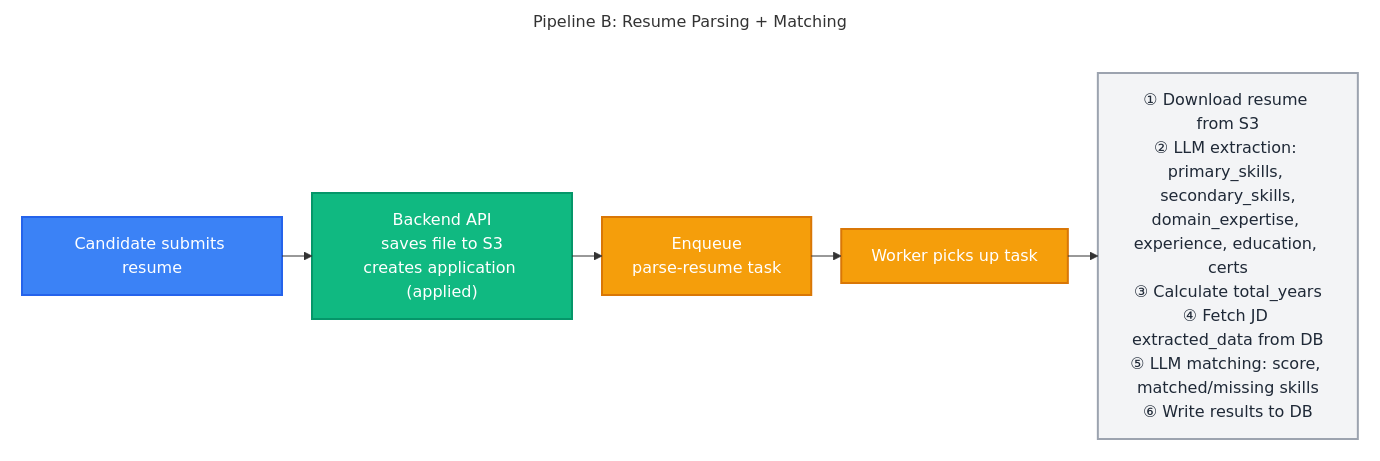
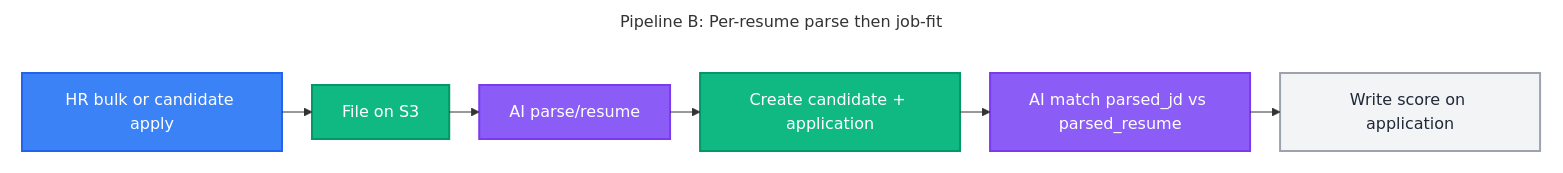
One commit to joshsoftware/EZScreen changed the second of 4 diagrams in docs/architecture/AI_PROCESSING.md. Above: the diagram before and after it, drawn with Mermaid. The commit also changed other lines of this file and 139 other files, not shown here.

First line of the commit message:
Core User Flow (#27)

````diff
--- a/docs/architecture/AI_PROCESSING.md
+++ b/docs/architecture/AI_PROCESSING.md
@@ -58,32 +59,35 @@
 ```mermaid
 ---
 config:
   layout: elk
 ---
 flowchart LR
- subgraph PB["Pipeline B: Resume Parsing + Matching"]
+ subgraph PB["Pipeline B: Per-resume parse then job-fit"]
     direction LR
-        PB1["Candidate submits resume"]
-        PB2["Backend API<br>saves file to S3<br>creates application (applied)"]
-        PB3["Enqueue<br>parse-resume task"]
-        PB4["Worker picks up task"]
-        PB5["① Download resume from S3<br>② LLM extraction: primary_skills, secondary_skills,<br>domain_expertise, experience, education, certs<br>③ Calculate total_years<br>④ Fetch JD extracted_data from DB<br>⑤ LLM matching: score, matched/missing skills<br>⑥ Write results to DB"]
+        PB1["HR bulk or candidate apply"]
+        PB2["File on S3"]
+        PB3["AI parse/resume"]
+        PB4["Create candidate + application"]
+        PB5["AI match parsed_jd vs parsed_resume"]
+        PB6["Write score on application"]
   end
     PB1 --> PB2
     PB2 --> PB3
     PB3 --> PB4
     PB4 --> PB5
+    PB5 --> PB6
 
      PB1:::actor
      PB2:::backend
-     PB3:::queue
-     PB4:::queue
-     PB5:::process
+     PB3:::ai
+     PB4:::backend
+     PB5:::ai
+     PB6:::process
 
     classDef actor fill:#3b82f6,stroke:#2563eb,stroke-width:2px,color:white
     classDef backend fill:#10b981,stroke:#059669,stroke-width:2px,color:white
     classDef queue fill:#f59e0b,stroke:#d97706,stroke-width:2px,color:white
     classDef ai fill:#8b5cf6,stroke:#7c3aed,stroke-width:2px,color:white
     classDef process fill:#f3f4f6,stroke:#9ca3af,stroke-width:2px,color:#1f2937
     style PB fill:transparent,stroke:transparent,stroke-width:2px,stroke-dasharray: 5 5
 ```
````
